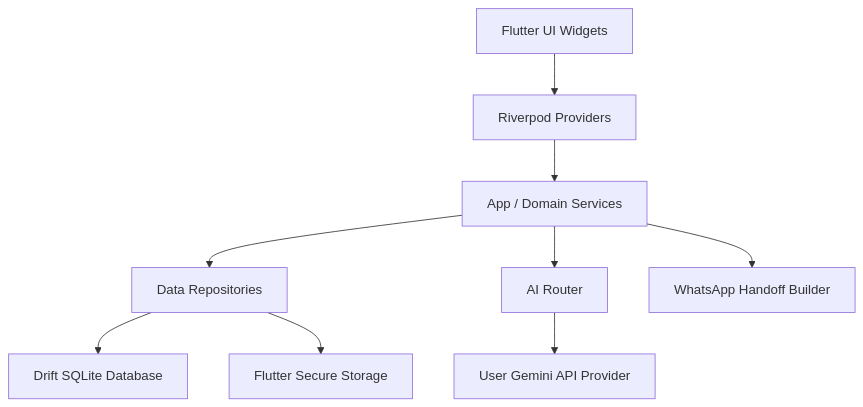
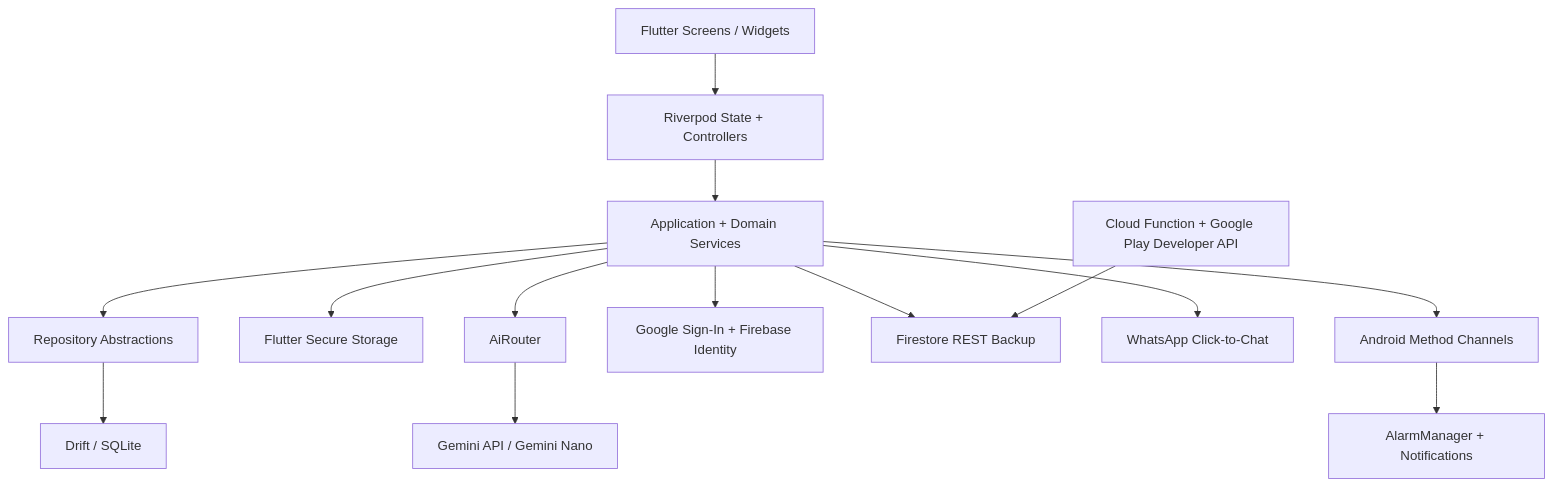
One commit to yhsomani/AI-Birthday changed the diagram in ARCHITECTURE.md. Above: the diagram before and after it, drawn with Mermaid. The commit also changed other lines of this file, not shown here.

Commit message:
docs: rewrite architecture to match current runtime wiring and risks

````diff
--- a/ARCHITECTURE.md
+++ b/ARCHITECTURE.md
@@ -13,11 +9,31 @@
 ```mermaid
 flowchart TD
-    Client[Flutter UI Widgets] --> State[Riverpod Providers]
-    State --> Application[App / Domain Services]
-    Application --> Repositories[Data Repositories]
-    Repositories --> DB[Drift SQLite Database]
-    Repositories --> SecureStore[Flutter Secure Storage]
-    Application --> AIRouter[AI Router]
-    AIRouter --> UserGemini[User Gemini API Provider]
-    Application --> WhatsApp[WhatsApp Handoff Builder]
+  UI[Flutter Screens / Widgets]
+  STATE[Riverpod State + Controllers]
+  DOMAIN[Application + Domain Services]
+  REPO[Repository Abstractions]
+  DB[Drift / SQLite]
+  SEC[Flutter Secure Storage]
+  AI[AiRouter]
+  GEM[Gemini API / Gemini Nano]
+  AUTH[Google Sign-In + Firebase Identity]
+  CLOUD[Firestore REST Backup]
+  BILL[Cloud Function + Google Play Developer API]
+  WA[WhatsApp Click-to-Chat]
+  NATIVE[Android Method Channels]
+  ALARM[AlarmManager + Notifications]
+
+  UI --> STATE
+  STATE --> DOMAIN
+  DOMAIN --> REPO
+  REPO --> DB
+  DOMAIN --> SEC
+  DOMAIN --> AI
+  AI --> GEM
+  DOMAIN --> AUTH
+  DOMAIN --> CLOUD
+  DOMAIN --> WA
+  DOMAIN --> NATIVE
+  NATIVE --> ALARM
+  BILL --> CLOUD
 ```
````
